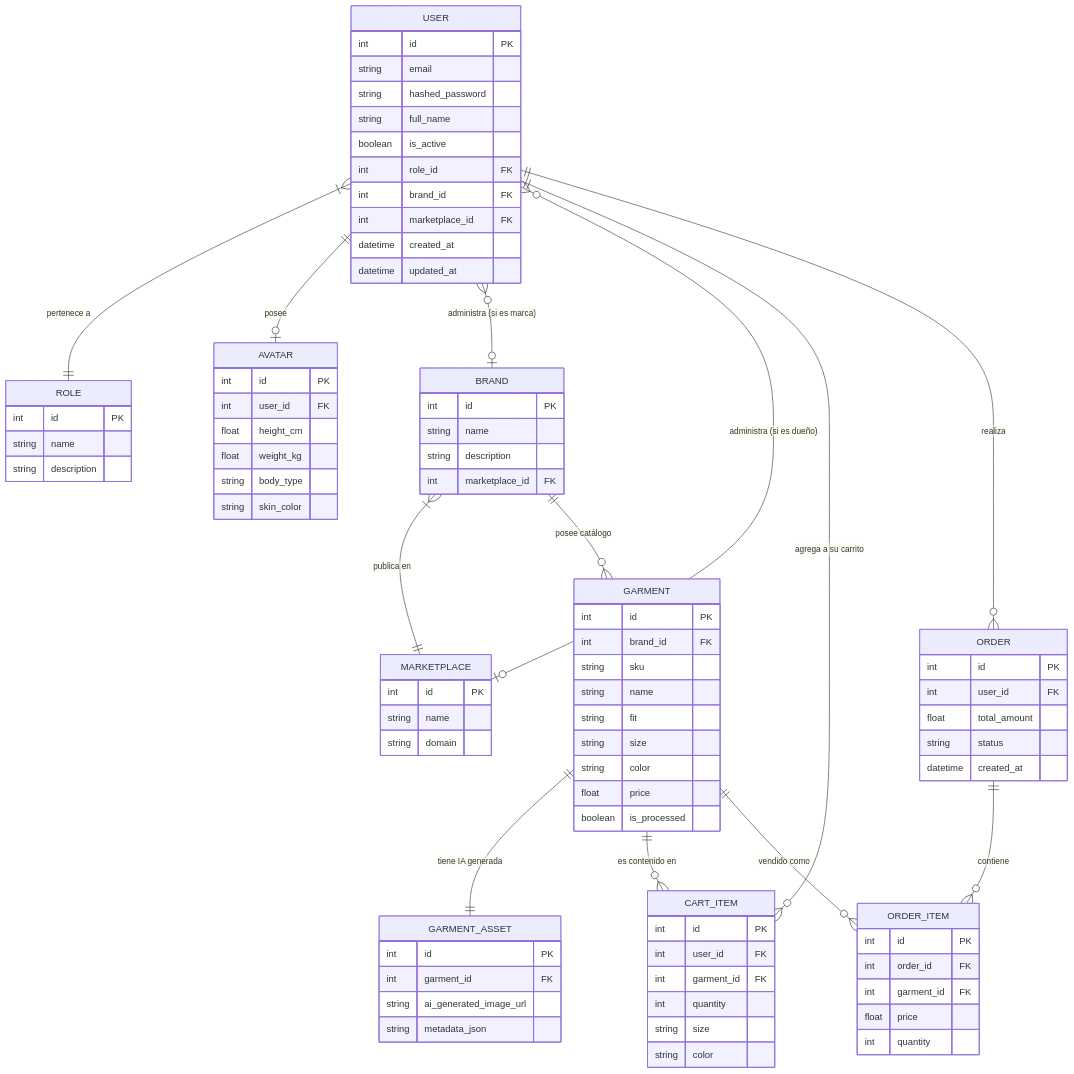
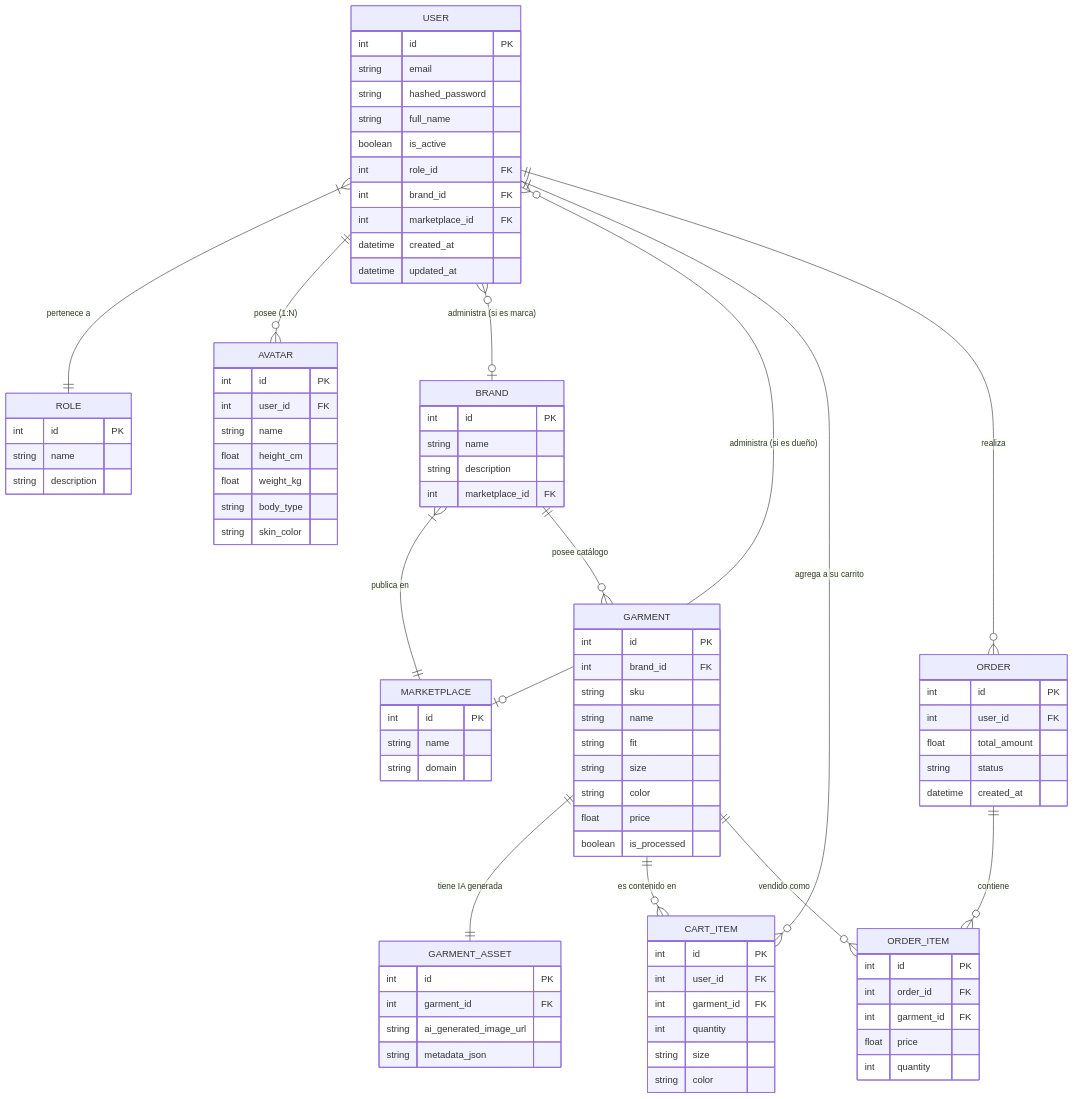
The diagram in docs/diagrama_entidad_relacion.md (tominadal/TryOn_progra2), drawn with Mermaid before and after one commit.

Commit message:
docs(erd): sincronizar relacion 1:N de avatares en diagrama_entidad_relacion

```diff
--- a/docs/diagrama_entidad_relacion.md
+++ b/docs/diagrama_entidad_relacion.md
@@ -26,6 +26,7 @@
     AVATAR {
         int id PK
         int user_id FK
+        string name
         float height_cm
         float weight_kg
         string body_type
@@ -90,7 +91,7 @@
     }
 
     USER }|--|| ROLE : "pertenece a"
-    USER ||--o| AVATAR : "posee"
+    USER ||--o{ AVATAR : "posee (1:N)"
     USER }o--o| BRAND : "administra (si es marca)"
     USER }o--o| MARKETPLACE : "administra (si es dueño)"
     BRAND }|--|| MARKETPLACE : "publica en"
```
